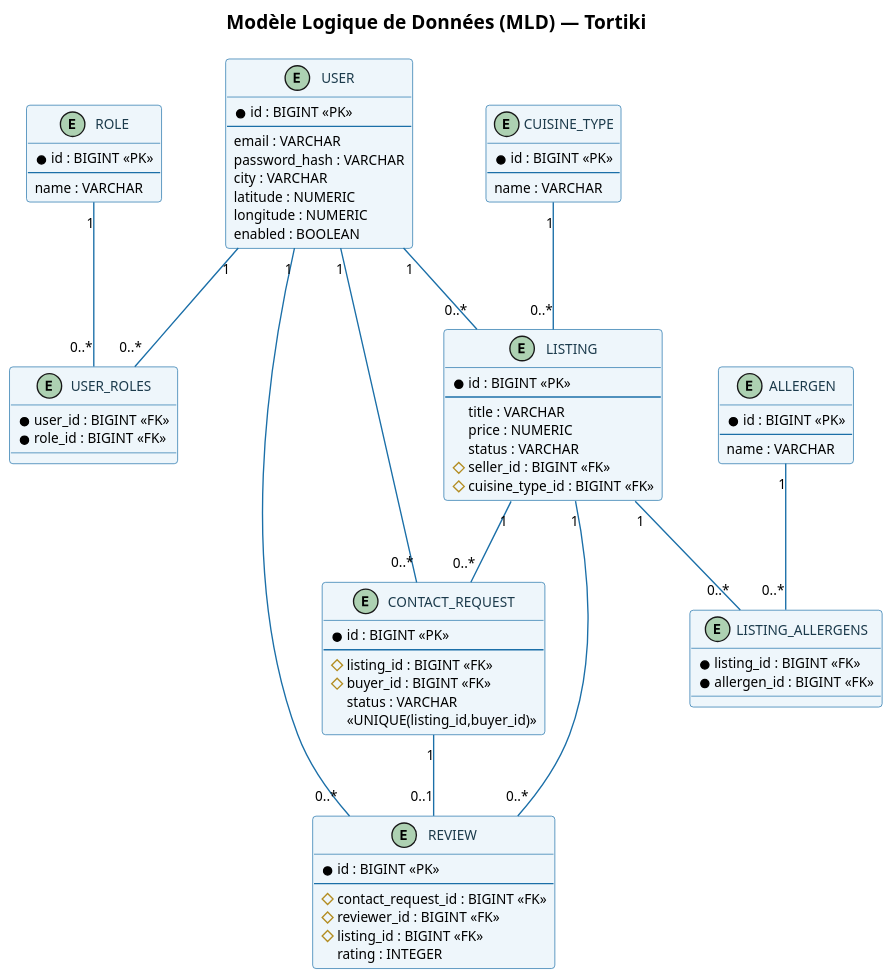
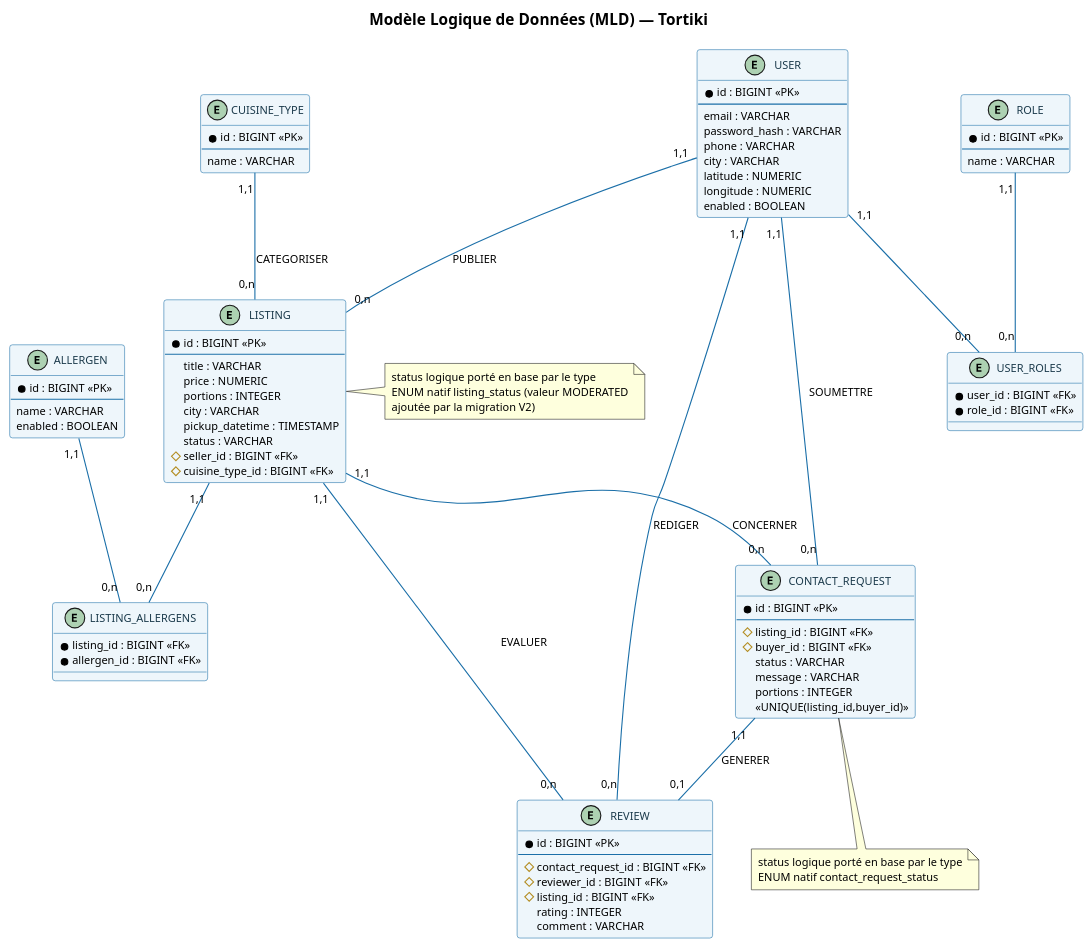
The diagram in docs/MLD_Tortiki.puml (jferminh/tortiki-api), drawn with PlantUML before and after one commit. The commit also changed 8 other files, not shown here.

Commit message:
docs(cda): dossier projet ajoute de diagrammes

```diff
--- a/docs/MLD_Tortiki.puml
+++ b/docs/MLD_Tortiki.puml
@@ -1,100 +1,119 @@
 @startuml MLD_Tortiki
 '== A4 portrait ==
 skinparam pageWidth 210mm
 skinparam pageMargin 10
 skinparam dpi 150
 scale max 800 width
 skinparam backgroundColor #FFFFFF
 skinparam defaultFontSize 10
 skinparam shadowing false
 
 skinparam class {
   BackgroundColor #EEF6FB
   BorderColor #1B6FA8
   FontColor #1B3A4B
   ArrowColor #1B6FA8
   FontSize 10
 }
 
 title Modèle Logique de Données (MLD) — Tortiki
 
 entity "USER" as User {
   * id : BIGINT <<PK>>
   --
   email : VARCHAR
   password_hash : VARCHAR
+  phone : VARCHAR
   city : VARCHAR
   latitude : NUMERIC
   longitude : NUMERIC
   enabled : BOOLEAN
 }
 
 entity "ROLE" as Role {
   * id : BIGINT <<PK>>
   --
   name : VARCHAR
 }
 
 entity "USER_ROLES" as UserRoles {
   * user_id : BIGINT <<FK>>
   * role_id : BIGINT <<FK>>
 }
 
 entity "LISTING" as Listing {
   * id : BIGINT <<PK>>
   --
   title : VARCHAR
   price : NUMERIC
+  portions : INTEGER
+  city : VARCHAR
+  pickup_datetime : TIMESTAMP
   status : VARCHAR
   # seller_id : BIGINT <<FK>>
   # cuisine_type_id : BIGINT <<FK>>
 }
 
 entity "CUISINE_TYPE" as Cuisine {
   * id : BIGINT <<PK>>
   --
   name : VARCHAR
 }
 
 entity "ALLERGEN" as Allergen {
   * id : BIGINT <<PK>>
   --
   name : VARCHAR
+  enabled : BOOLEAN
 }
 
 entity "LISTING_ALLERGENS" as ListAllerg {
   * listing_id : BIGINT <<FK>>
   * allergen_id : BIGINT <<FK>>
 }
 
 entity "CONTACT_REQUEST" as CReq {
   * id : BIGINT <<PK>>
   --
   # listing_id : BIGINT <<FK>>
   # buyer_id : BIGINT <<FK>>
   status : VARCHAR
+  message : VARCHAR
+  portions : INTEGER
   <<UNIQUE(listing_id,buyer_id)>>
 }
 
 entity "REVIEW" as Review {
   * id : BIGINT <<PK>>
   --
   # contact_request_id : BIGINT <<FK>>
   # reviewer_id : BIGINT <<FK>>
   # listing_id : BIGINT <<FK>>
   rating : INTEGER
+  comment : VARCHAR
 }
 
-User "1" -- "0..*" Listing
-User "1" -- "0..*" UserRoles
-Role "1" -- "0..*" UserRoles
-Cuisine "1" -- "0..*" Listing
-Listing "1" -- "0..*" ListAllerg
-Allergen "1" -- "0..*" ListAllerg
-Listing "1" -- "0..*" CReq
-User "1" -- "0..*" CReq
-CReq "1" -- "0..1" Review
-User "1" -- "0..*" Review
-Listing "1" -- "0..*" Review
+User "1,1" -- "0,n" Listing : PUBLIER
+User "1,1" -- "0,n" UserRoles
+Role "1,1" -- "0,n" UserRoles
+Cuisine "1,1" -- "0,n" Listing : CATEGORISER
+Listing "1,1" -- "0,n" ListAllerg
+Allergen "1,1" -- "0,n" ListAllerg
+Listing "1,1" -- "0,n" CReq : CONCERNER
+User "1,1" -- "0,n" CReq : SOUMETTRE
+CReq "1,1" -- "0,1" Review : GENERER
+User "1,1" -- "0,n" Review : REDIGER
+Listing "1,1" -- "0,n" Review : EVALUER
+
+note bottom of CReq
+  status logique porté en base par le type
+  ENUM natif contact_request_status
+end note
+
+note right of Listing
+  status logique porté en base par le type
+  ENUM natif listing_status (valeur MODERATED
+  ajoutée par la migration V2)
+end note
 
 @enduml
```
